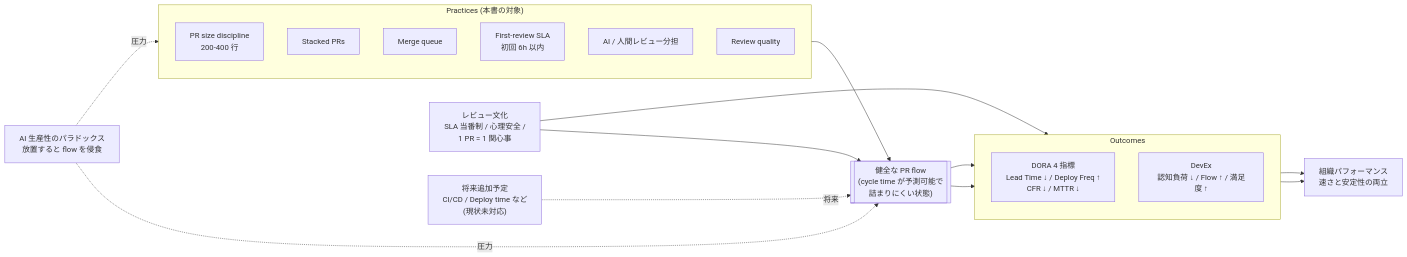
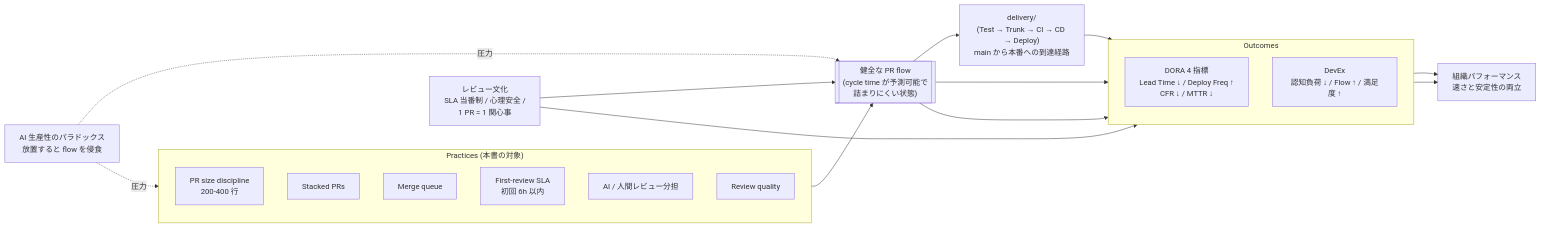
The diagram in docs/practices/README.md (coji/upflow), drawn with Mermaid before and after one commit. The commit also changed other lines of this file and 8 other files, not shown here.

First line of the commit message:
docs/practices/delivery: DORA の delivery 系 5 能力を追加 (#425)

````diff
--- a/docs/practices/README.md
+++ b/docs/practices/README.md
@@ -39,39 +38,40 @@
 ```mermaid
 flowchart LR
     subgraph P["Practices (本書の対象)"]
         direction TB
         size["PR size discipline<br/>200-400 行"]
         stack["Stacked PRs"]
         mq["Merge queue"]
         sla["First-review SLA<br/>初回 6h 以内"]
         ai["AI / 人間レビュー分担"]
         rq["Review quality"]
     end
 
     flow[["健全な PR flow<br/>(cycle time が予測可能で<br/>詰まりにくい状態)"]]
 
     culture["レビュー文化<br/>SLA 当番制 / 心理安全 /<br/>1 PR = 1 関心事"]
 
     subgraph R["Outcomes"]
         direction TB
         dora["DORA 4 指標<br/>Lead Time ↓ / Deploy Freq ↑<br/>CFR ↓ / MTTR ↓"]
         devex["DevEx<br/>認知負荷 ↓ / Flow ↑ / 満足度 ↑"]
     end
 
     org["組織パフォーマンス<br/>速さと安定性の両立"]
 
     paradox["AI 生産性のパラドックス<br/>放置すると flow を侵食"]
 
-    future["将来追加予定<br/>CI/CD / Deploy time など<br/>(現状未対応)"]
+    delivery["delivery/<br/>(Test → Trunk → CI → CD → Deploy)<br/>main から本番への到達経路"]
 
     P --> flow
     culture --> flow
     culture --> R
     flow --> dora
     flow --> devex
     dora --> org
     devex --> org
     paradox -. 圧力 .-> P
     paradox -. 圧力 .-> flow
-    future -. 将来 .-> flow
+    delivery --> dora
+    flow --> delivery
 ```
````
